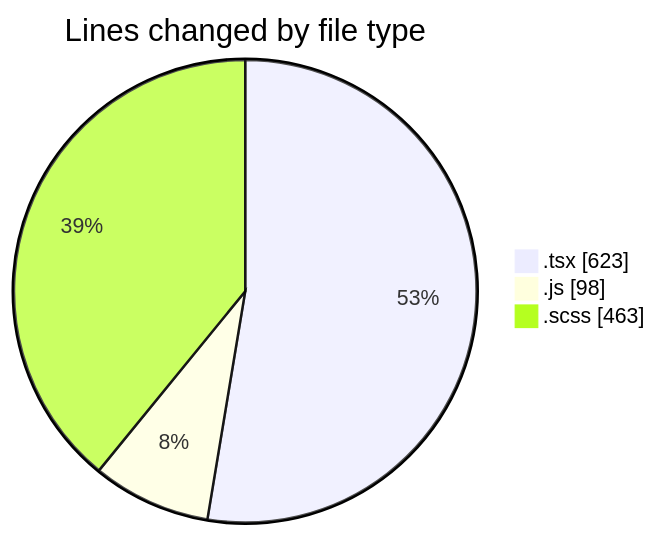
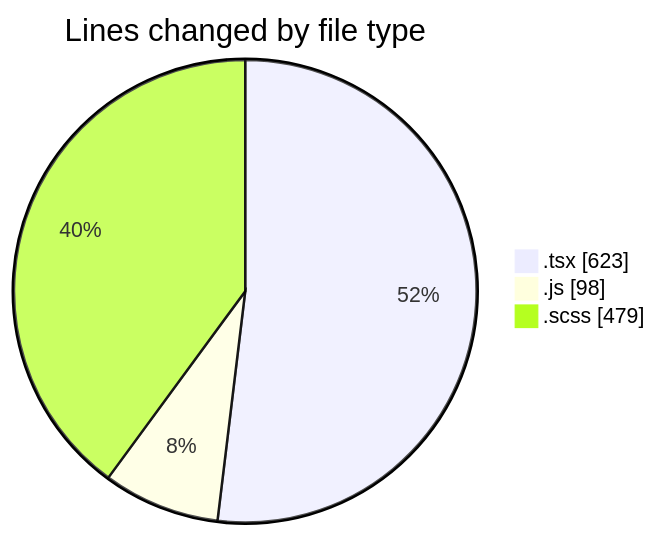
One commit to momahboobian/code-tracking changed the first of 2 diagrams in 2025-03-31/cda/README.md. Above: the diagram before and after it, drawn with Mermaid. The commit also changed other lines of this file and 1 other file, not shown here.

````diff
--- a/2025-03-31/cda/README.md
+++ b/2025-03-31/cda/README.md
@@ -27,7 +27,7 @@
 ```mermaid
 pie showData
 title Lines changed by file type
 ".tsx" : 623
 ".js" : 98
-".scss" : 463
+".scss" : 479
 ```
````
